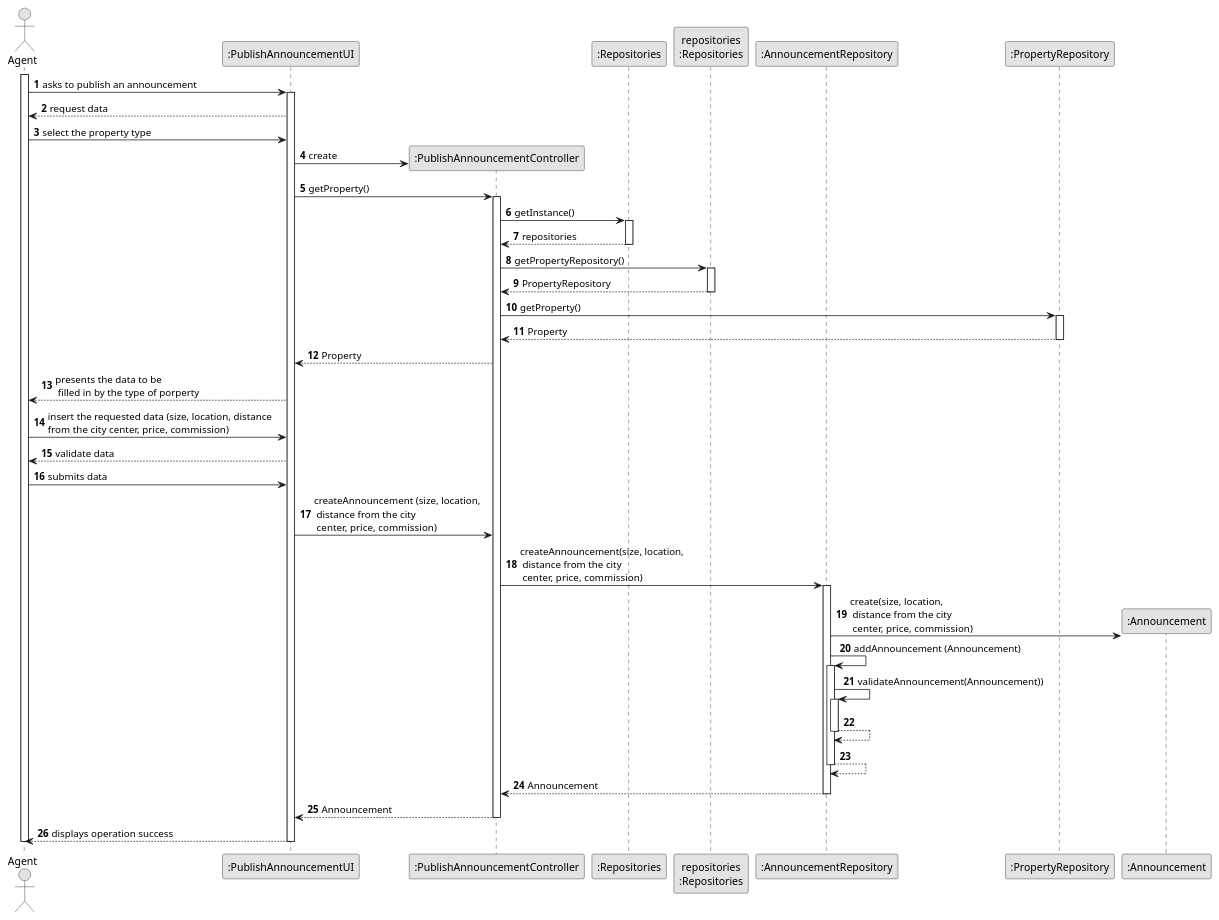
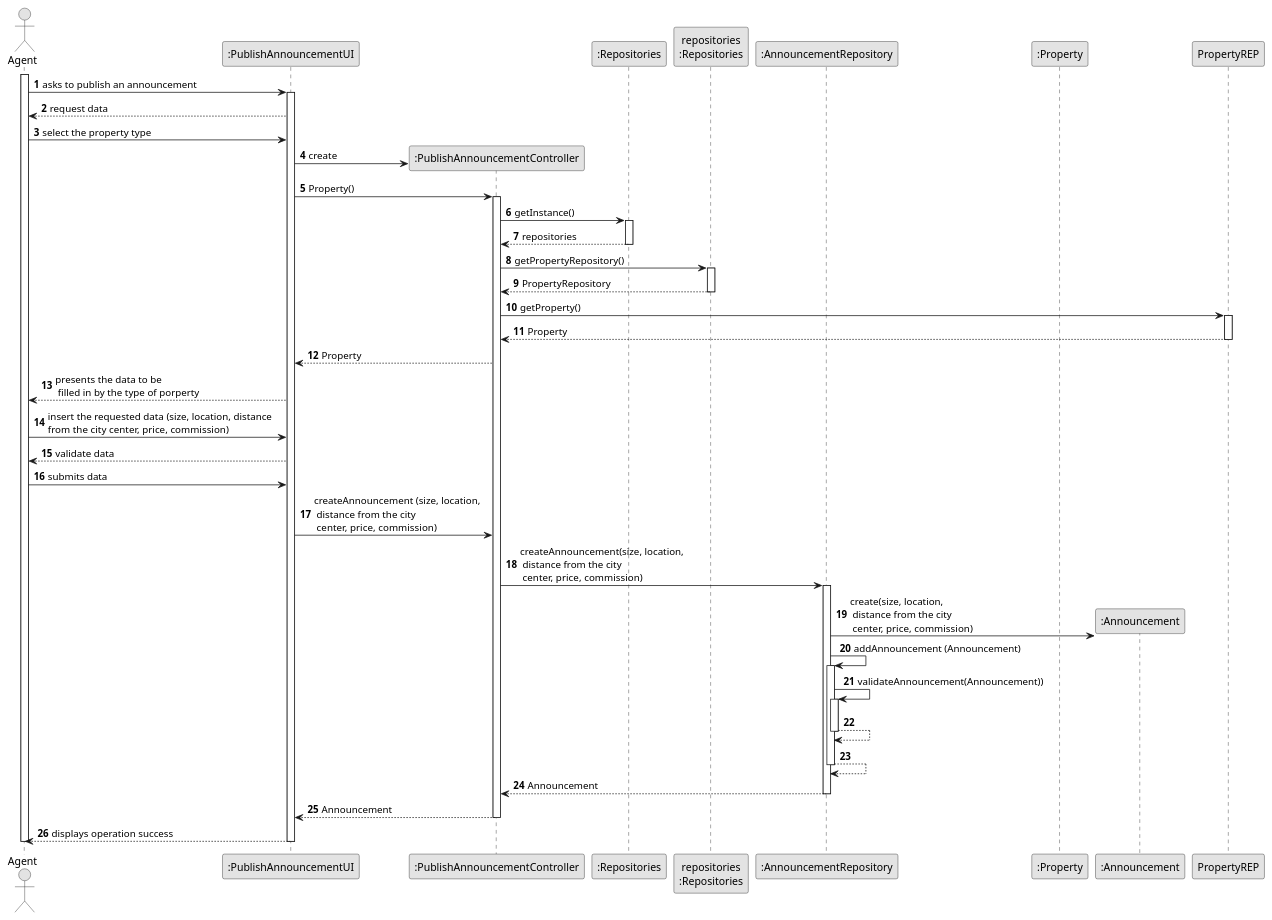
Before and after one commit to tiagohcorreia/LAPR2: the diagram in docs/sprintB/US002/03.design/puml/US2_SD.puml, drawn with PlantUML. The commit also changed 2 other files, not shown here.

```diff
--- a/docs/sprintB/US002/03.design/puml/US2_SD.puml
+++ b/docs/sprintB/US002/03.design/puml/US2_SD.puml
@@ -1,92 +1,92 @@
 @startuml
 skinparam monochrome true
 skinparam packageStyle rectangle
 skinparam shadowing false
 
 autonumber
 
 'hide footbox
 actor "Agent" as AG
 participant ":PublishAnnouncementUI" as UI
 participant ":PublishAnnouncementController" as CTRL
 participant ":Repositories" as RepositorySingleton
 participant "repositories\n:Repositories" as REP
 participant ":AnnouncementRepository" as AnnouncementREP
-participant ":PropertyRepository" as PropertyREP
+participant ":Property" as Property
 participant ":Announcement" as Announcement
 
 activate AG
 
         AG -> UI : asks to publish an announcement
         activate UI
 
         UI --> AG : request data
 
         AG -> UI : select the property type
 
                UI -> CTRL** : create
 
-               UI -> CTRL : getProperty()
+               UI -> CTRL : Property()
 
                  activate CTRL
 
                   CTRL -> RepositorySingleton : getInstance()
                   activate RepositorySingleton
 
                   RepositorySingleton --> CTRL: repositories
                   deactivate RepositorySingleton
 
                    CTRL -> REP : getPropertyRepository()
                        activate REP
 
                         REP --> CTRL: PropertyRepository
                           deactivate REP
 
                            CTRL -> PropertyREP : getProperty()
                              activate PropertyREP
 
                                PropertyREP --> CTRL: Property
                                  deactivate PropertyREP
 
 
                    CTRL --> UI : Property
 
                    UI --> AG : presents the data to be\n filled in by the type of porperty
 
                    AG -> UI : insert the requested data (size, location, distance \nfrom the city center, price, commission)
 
                    UI --> AG : validate data
 
                    AG -> UI : submits data
 
                    UI -> CTRL : createAnnouncement (size, location,\n distance from the city \n center, price, commission)
 
                 CTRL -> AnnouncementREP: createAnnouncement(size, location,\n distance from the city \n center, price, commission)
             activate AnnouncementREP
 
                 AnnouncementREP -> Announcement**: create(size, location,\n distance from the city \n center, price, commission)
                 AnnouncementREP -> AnnouncementREP: addAnnouncement (Announcement)
 
 
                 activate AnnouncementREP
                     AnnouncementREP -> AnnouncementREP: validateAnnouncement(Announcement))
                     activate AnnouncementREP
                         AnnouncementREP --> AnnouncementREP
                     deactivate AnnouncementREP
 
                     AnnouncementREP --> AnnouncementREP
                 deactivate AnnouncementREP
 
                 AnnouncementREP --> CTRL : Announcement
 
                 deactivate AnnouncementREP
 
                             CTRL --> UI: Announcement
                             deactivate CTRL
                             UI --> AG: displays operation success
                     deactivate UI
 
                 deactivate AG
 
 
           @enduml
```
